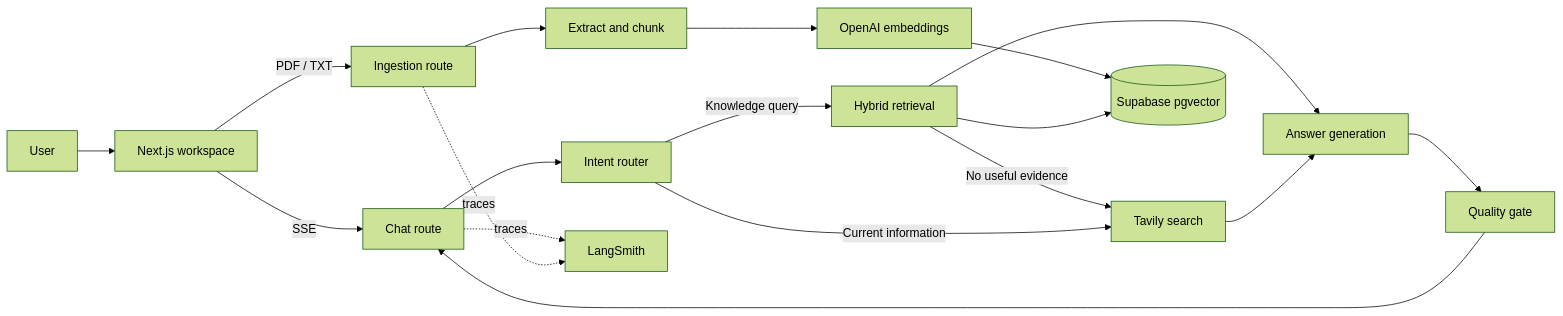
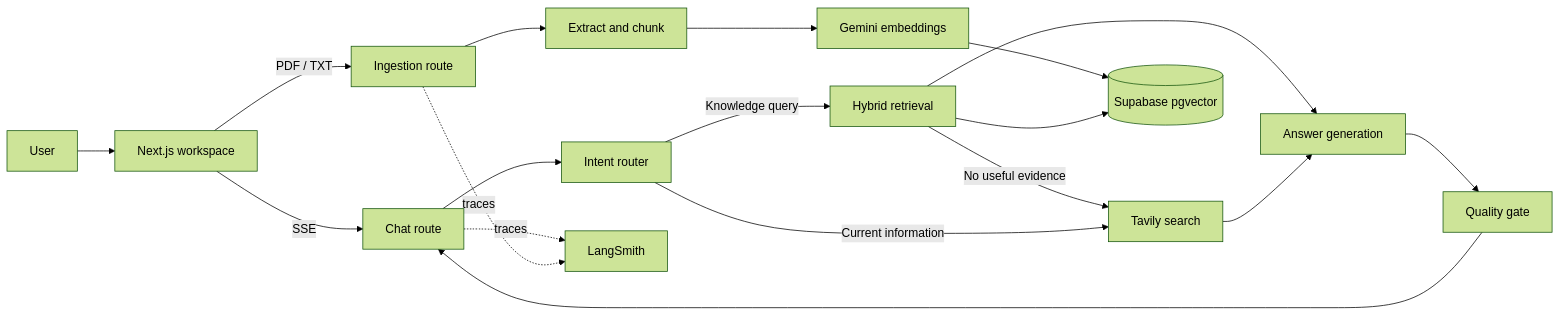
One commit to flaviagaglio/aperture-agentic-workspace changed the diagram in README.md. Above: the diagram before and after it, drawn with Mermaid (forest theme). The commit also changed other lines of this file and 7 other files, not shown here.

Commit message:
feat: switch agent models and embeddings to Gemini

````diff
--- a/README.md
+++ b/README.md
@@ -30,20 +30,20 @@
 ```mermaid
 flowchart LR
     User[User] --> UI[Next.js workspace]
     UI -->|SSE| API[Chat route]
     UI -->|PDF / TXT| Ingest[Ingestion route]
     API --> Route[Intent router]
     Route -->|Knowledge query| RAG[Hybrid retrieval]
     RAG -->|No useful evidence| Web[Tavily search]
     Route -->|Current information| Web
     RAG --> Answer[Answer generation]
     Web --> Answer
     Answer --> Gate[Quality gate]
     Gate --> API
     Ingest --> Parse[Extract and chunk]
-    Parse --> Embed[OpenAI embeddings]
+   Parse --> Embed[Gemini embeddings]
     Embed --> DB[(Supabase pgvector)]
     RAG --> DB
     API -. traces .-> Smith[LangSmith]
     Ingest -. traces .-> Smith
 ```
````
